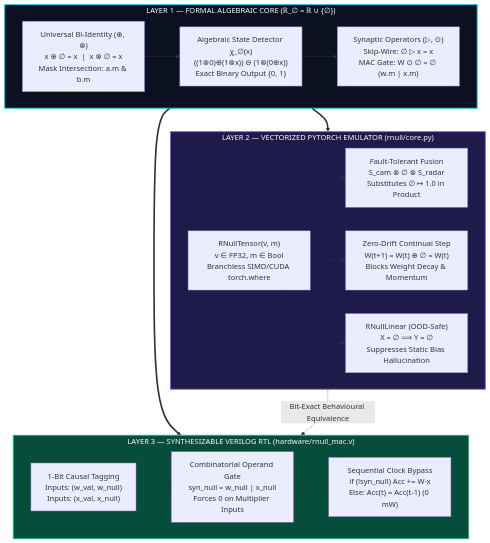
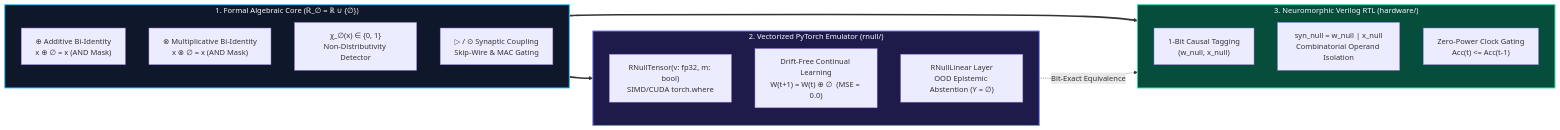
Before and after one commit to GuettHM/rnull-framework: the first of 2 diagrams in README.md, drawn with Mermaid. The commit also changed other lines of this file, not shown here.

````diff
--- a/README.md
+++ b/README.md
@@ -62,35 +62,32 @@
 ```mermaid
-flowchart TB
-    subgraph L1["LAYER 1 — FORMAL ALGEBRAIC CORE (ℝ_∅ = ℝ ∪ {∅})"]
-        direction LR
-        A1["Universal Bi-Identity (⊕, ⊗)<br/>x ⊕ ∅ = x  |  x ⊗ ∅ = x<br/>Mask Intersection: a.m & b.m"]
-        A2["Algebraic State Detector χ_∅(x)<br/>((1⊗0)⊕(1⊗x)) ⊖ (1⊗(0⊕x))<br/>Exact Binary Output {0, 1}"]
-        A3["Synaptic Operators (▷, ⊙)<br/>Skip-Wire: ∅ ▷ x = x<br/>MAC Gate: W ⊙ ∅ = ∅ (w.m | x.m)"]
-        A1 --> A2 --> A3
+flowchart LR
+    subgraph ALG["1. Formal Algebraic Core (ℝ_∅ = ℝ ∪ {∅})"]
+        direction TB
+        A1["⊕ Additive Bi-Identity<br/>x ⊕ ∅ = x  (AND Mask)"]
+        A2["⊗ Multiplicative Bi-Identity<br/>x ⊗ ∅ = x  (AND Mask)"]
+        A3["χ_∅(x) ∈ {0, 1}<br/>Non-Distributivity Detector"]
+        A4["▷ / ⊙ Synaptic Coupling<br/>Skip-Wire & MAC Gating"]
     end
 
-    subgraph L2["LAYER 2 — VECTORIZED PYTORCH EMULATOR (rnull/core.py)"]
-        direction LR
-        P1["RNullTensor(v, m)<br/>v ∈ FP32, m ∈ Bool<br/>Branchless SIMD/CUDA torch.where"]
-        P2["Fault-Tolerant Fusion<br/>S_cam ⊗ ∅ ⊗ S_radar<br/>Substitutes ∅ ↦ 1.0 in Product"]
-        P3["Zero-Drift Continual Step<br/>W(t+1) = W(t) ⊕ ∅ = W(t)<br/>Blocks Weight Decay & Momentum"]
-        P4["RNullLinear (OOD-Safe)<br/>X = ∅ ⟹ Y = ∅<br/>Suppresses Static Bias Hallucination"]
-        P1 --> P2 & P3 & P4
+    subgraph SW["2. Vectorized PyTorch Emulator (rnull/)"]
+        direction TB
+        S1["RNullTensor(v: fp32, m: bool)<br/>SIMD/CUDA torch.where"]
+        S2["Drift-Free Continual Learning<br/>W(t+1) = W(t) ⊕ ∅  (MSE = 0.0)"]
+        S3["RNullLinear Layer<br/>OOD Epistemic Abstention (Y = ∅)"]
     end
 
-    subgraph L3["LAYER 3 — SYNTHESIZABLE VERILOG RTL (hardware/rnull_mac.v)"]
-        direction LR
-        H1["1-Bit Causal Tagging<br/>Inputs: (w_val, w_null)<br/>Inputs: (x_val, x_null)"]
-        H2["Combinatorial Operand Gate<br/>syn_null = w_null | x_null<br/>Forces 0 on Multiplier Inputs"]
-        H3["Sequential Clock Bypass<br/>if (!syn_null) Acc += W·x<br/>Else: Acc(t) = Acc(t-1) (0 mW)"]
-        H1 --> H2 --> H3
+    subgraph HW["3. Neuromorphic Verilog RTL (hardware/)"]
+        direction TB
+        H1["1-Bit Causal Tagging<br/>(w_null, x_null)"]
+        H2["syn_null = w_null | x_null<br/>Combinatorial Operand Isolation"]
+        H3["Zero-Power Clock Gating<br/>Acc(t) <= Acc(t-1)"]
     end
 
-    L1 ==> L2
-    L1 ==> L3
-    L2 -. "Bit-Exact Behavioural Equivalence" .-> L3
+    ALG ==> SW
+    ALG ==> HW
+    SW -. "Bit-Exact Equivalence" .-> HW
 
-    style L1 fill:#0B1120,stroke:#06B6D4,stroke-width:2px,color:#F8FAFC
-    style L2 fill:#1E1B4B,stroke:#8B5CF6,stroke-width:2px,color:#F8FAFC
-    style L3 fill:#064E3B,stroke:#10B981,stroke-width:2px,color:#F8FAFC
+    style ALG fill:#0f172a,stroke:#38bdf8,stroke-width:2px,color:#f8fafc
+    style SW fill:#1e1b4b,stroke:#818cf8,stroke-width:2px,color:#f8fafc
+    style HW fill:#064e3b,stroke:#34d399,stroke-width:2px,color:#f8fafc
 ```
````
